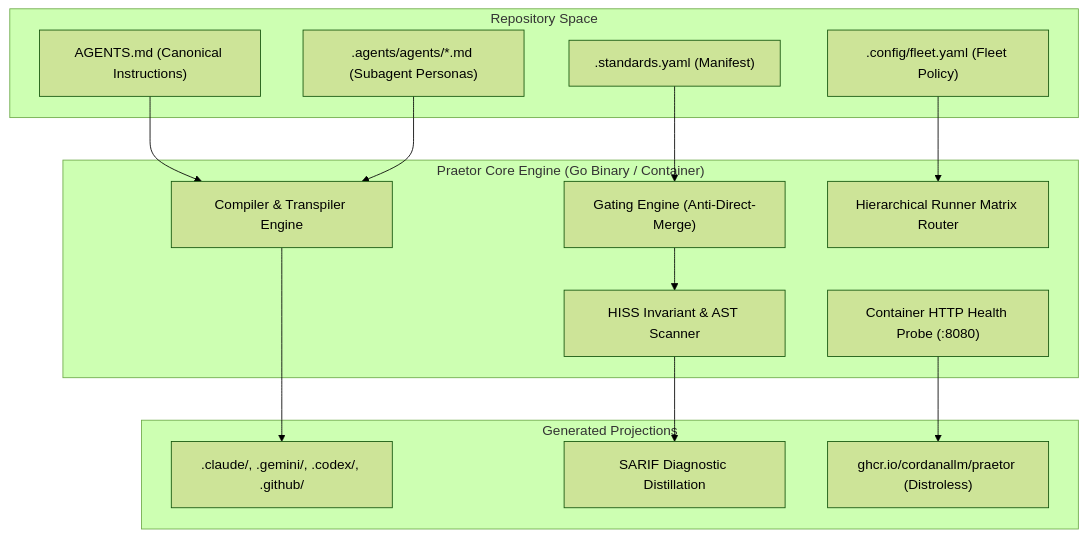
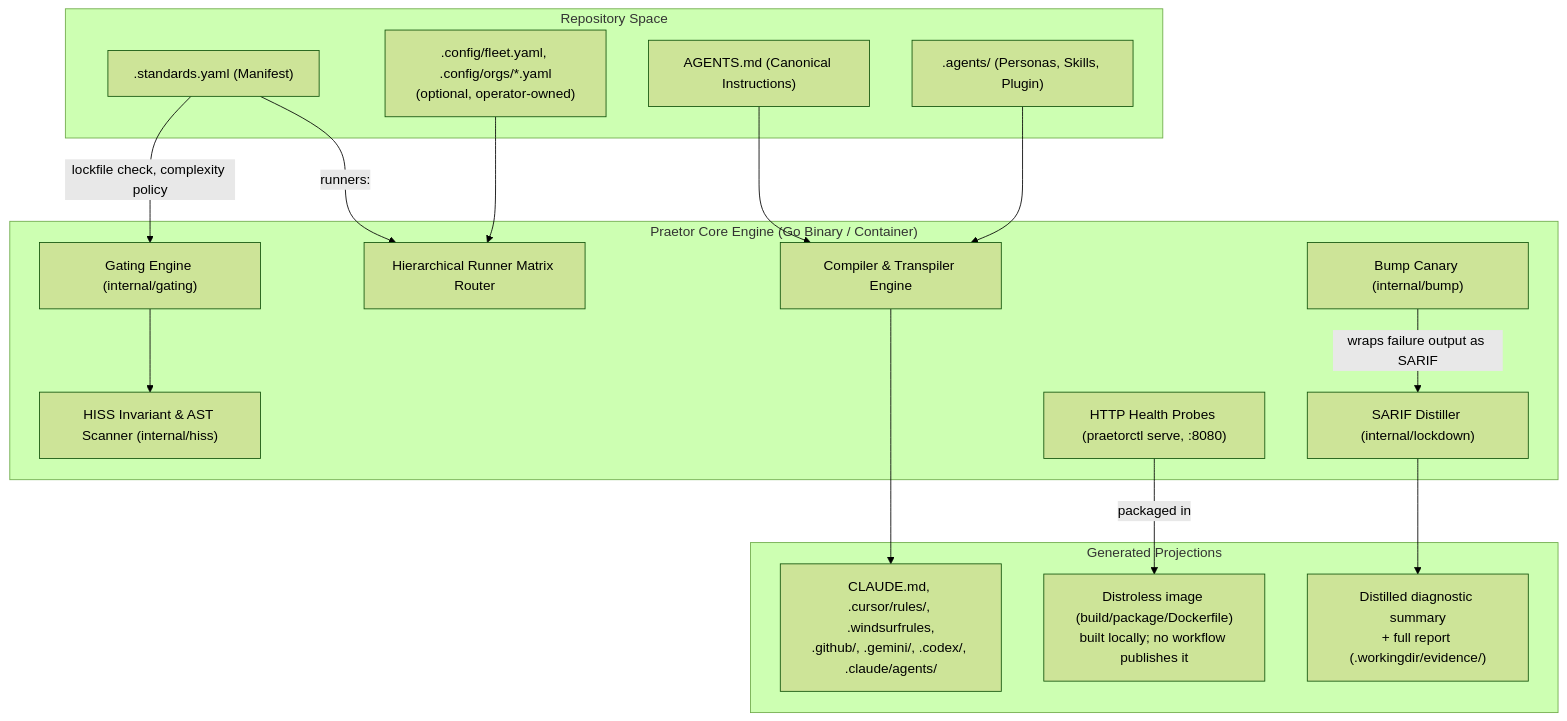
Before and after one commit to cordanaLLM/praetor: the second of 3 diagrams in docs/architecture/c4-models.md, drawn with Mermaid (forest theme). The commit also changed other lines of this file and 41 other files, not shown here.

First line of the commit message:
fix: land 2 reviewed batches (repair Starlight build, gate/audit parit; never emit FleetCatalog downgrades; rank) (#454)

````diff
--- a/docs/architecture/c4-models.md
+++ b/docs/architecture/c4-models.md
@@ -39,33 +47,37 @@
 ```mermaid
 flowchart TD
     subgraph REPO_SPACE["Repository Space"]
         STANDARDS_YAML[".standards.yaml (Manifest)"]
-        FLEET_YAML[".config/fleet.yaml (Fleet Policy)"]
+        FLEET_YAML[".config/fleet.yaml, .config/orgs/*.yaml\n(optional, operator-owned)"]
         AGENTS_MD["AGENTS.md (Canonical Instructions)"]
-        SUBAGENTS[".agents/agents/*.md (Subagent Personas)"]
+        SUBAGENTS[".agents/ (Personas, Skills, Plugin)"]
     end
 
     subgraph PRAETOR_CLI["Praetor Core Engine (Go Binary / Container)"]
-        GATING_SVC["Gating Engine (Anti-Direct-Merge)"]
+        GATING_SVC["Gating Engine (internal/gating)"]
         COMPILER_SVC["Compiler & Transpiler Engine"]
-        HISS_SVC["HISS Invariant & AST Scanner"]
+        HISS_SVC["HISS Invariant & AST Scanner (internal/hiss)"]
         RUNNER_SVC["Hierarchical Runner Matrix Router"]
-        HEALTH_SVC["Container HTTP Health Probe (:8080)"]
+        CANARY_SVC["Bump Canary (internal/bump)"]
+        DISTILL_SVC["SARIF Distiller (internal/lockdown)"]
+        HEALTH_SVC["HTTP Health Probes (praetorctl serve, :8080)"]
     end
 
     subgraph ARTIFACT_OUTPUTS["Generated Projections"]
-        VENDOR_AGENTS[".claude/, .gemini/, .codex/, .github/"]
-        SARIF_OUTPUT["SARIF Diagnostic Distillation"]
-        OCI_IMAGE["ghcr.io/cordanallm/praetor (Distroless)"]
+        VENDOR_AGENTS["CLAUDE.md, .cursor/rules/, .windsurfrules,\n.github/, .gemini/, .codex/, .claude/agents/"]
+        SARIF_OUTPUT["Distilled diagnostic summary\n+ full report (.workingdir/evidence/)"]
+        OCI_IMAGE["Distroless image (build/package/Dockerfile)\nbuilt locally; no workflow publishes it"]
     end
 
-    STANDARDS_YAML --> GATING_SVC
+    STANDARDS_YAML -->|"lockfile check, complexity policy"| GATING_SVC
+    STANDARDS_YAML -->|"runners:"| RUNNER_SVC
     FLEET_YAML --> RUNNER_SVC
     AGENTS_MD --> COMPILER_SVC
     SUBAGENTS --> COMPILER_SVC
 
     GATING_SVC --> HISS_SVC
     COMPILER_SVC --> VENDOR_AGENTS
-    HISS_SVC --> SARIF_OUTPUT
-    HEALTH_SVC --> OCI_IMAGE
+    CANARY_SVC -->|"wraps failure output as SARIF"| DISTILL_SVC
+    DISTILL_SVC --> SARIF_OUTPUT
+    HEALTH_SVC -->|"packaged in"| OCI_IMAGE
 ```
````
